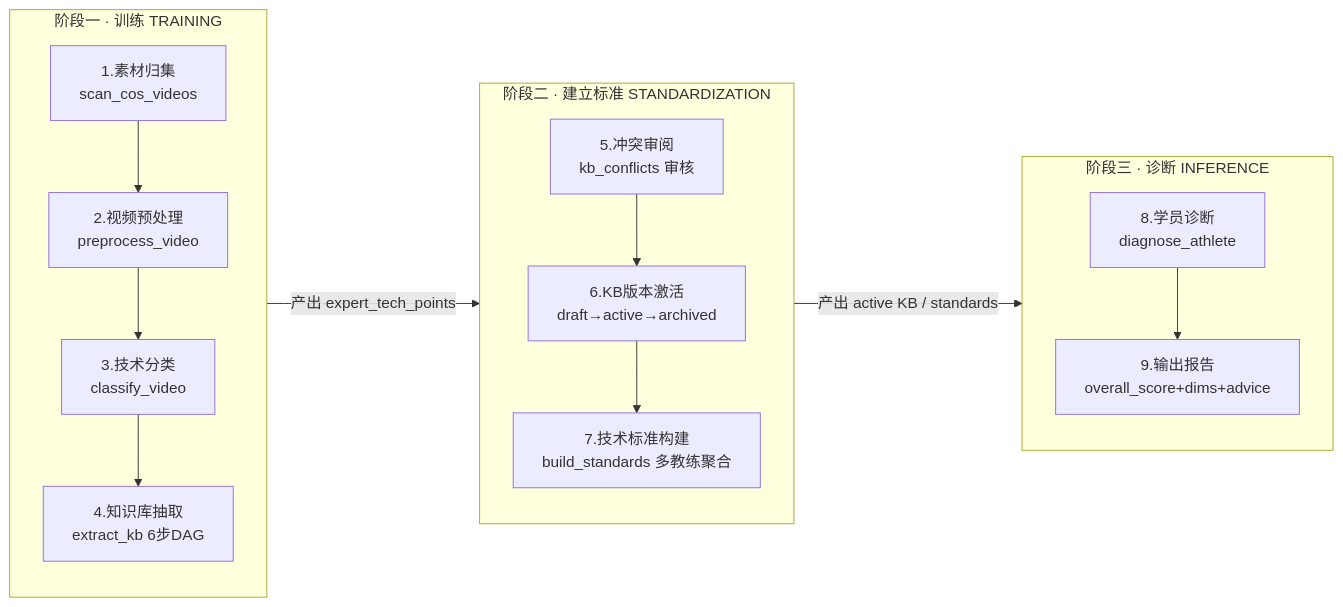
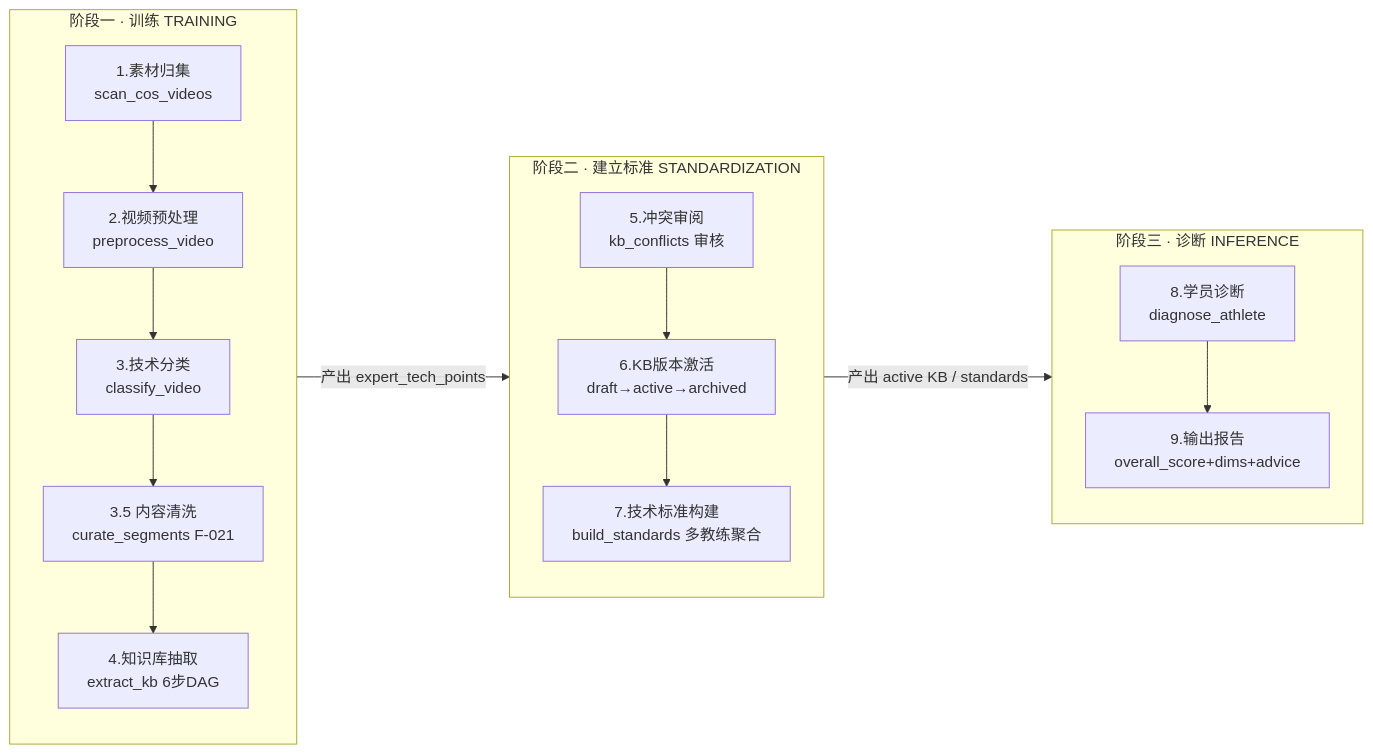
One commit to huangchaolelio/char_pp changed the first of 2 diagrams in docs/business-workflow.md. Above: the diagram before and after it, drawn with Mermaid. The commit also changed other lines of this file and 63 other files, not shown here.

````diff
--- a/docs/business-workflow.md
+++ b/docs/business-workflow.md
@@ -25,22 +25,23 @@
 ```mermaid
 flowchart LR
   subgraph S1[阶段一 · 训练 TRAINING]
     direction TB
     T1[1.素材归集<br/>scan_cos_videos] --> T2[2.视频预处理<br/>preprocess_video]
-    T2 --> T3[3.技术分类<br/>classify_video] --> T4[4.知识库抽取<br/>extract_kb 6步DAG]
+    T2 --> T3[3.技术分类<br/>classify_video] --> T35[3.5 内容清洗<br/>curate_segments F-021]
+    T35 --> T4[4.知识库抽取<br/>extract_kb 6步DAG]
   end
 
   subgraph S2[阶段二 · 建立标准 STANDARDIZATION]
     direction TB
     B1[5.冲突审阅<br/>kb_conflicts 审核] --> B2[6.KB版本激活<br/>draft→active→archived]
     B2 --> B3[7.技术标准构建<br/>build_standards 多教练聚合]
   end
 
   subgraph S3[阶段三 · 诊断 INFERENCE]
     direction TB
     D1[8.学员诊断<br/>diagnose_athlete] --> D2[9.输出报告<br/>overall_score+dims+advice]
   end
 
   S1 -- 产出 expert_tech_points --> S2
   S2 -- 产出 active KB / standards --> S3
 ```
````
